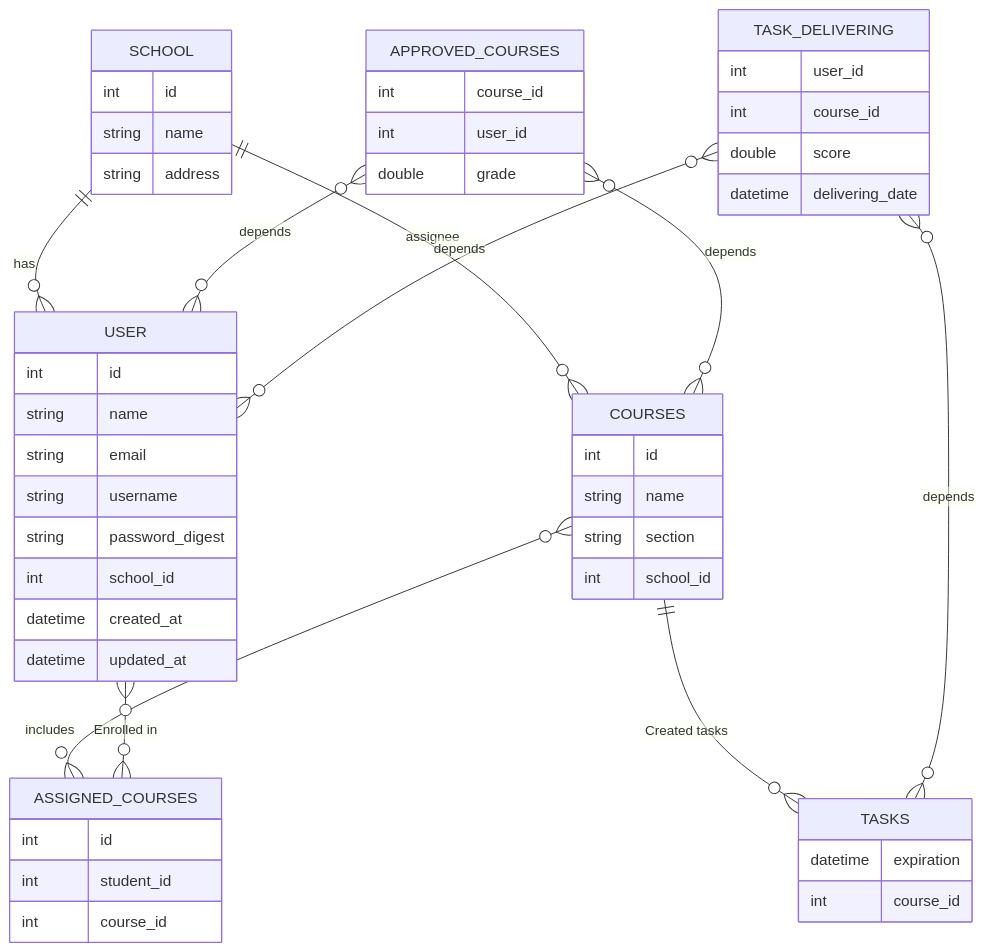
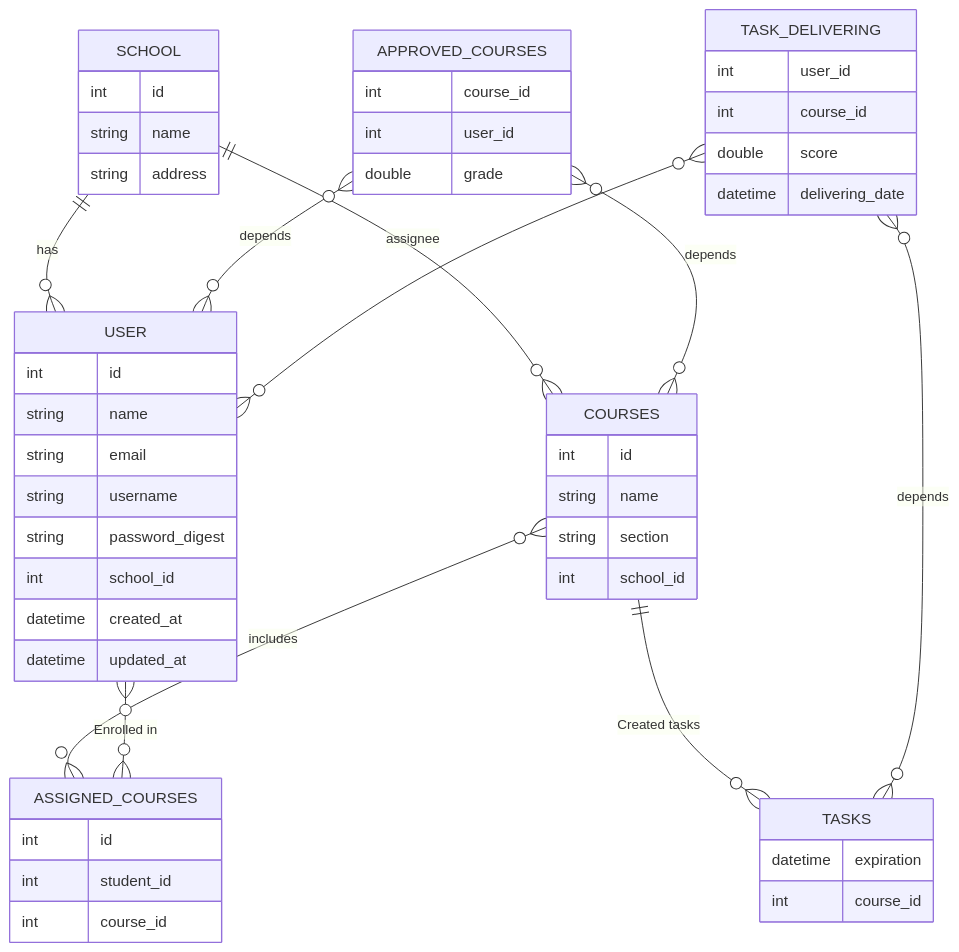
One commit to ripterdust/SchoolManagementSystem changed the diagram in diagrams/class/database.md. Above: the diagram before and after it, drawn with Mermaid.

Commit message:
Removed unnecesary spaces

````diff
--- a/diagrams/class/database.md
+++ b/diagrams/class/database.md
@@ -5,64 +5,64 @@
 ```mermaid
     erDiagram
 
     SCHOOL {
         int id
         string name
         string address
     }
 
     USER {
         int id
         string name
         string email
         string username
         string password_digest
         int school_id
         datetime created_at
         datetime updated_at
     }
 
     COURSES {
         int id
         string name
         string section
         int school_id
     }
 
     APPROVED_COURSES {
         int course_id
         int user_id
         double grade
     }
 
     ASSIGNED_COURSES {
         int id
         int student_id
         int course_id
     }
 
     TASKS {
         datetime expiration
         int course_id
     }
 
     TASK_DELIVERING {
         int user_id
         int course_id
         double score
         datetime delivering_date
     }
 
 
     COURSES }o--o{ ASSIGNED_COURSES : includes
     SCHOOL ||--o{ COURSES : assignee
     COURSES ||--o{ TASKS : "Created tasks"
     SCHOOL  ||--o{ USER : has
     APPROVED_COURSES }o--o{ USER: "depends"
     APPROVED_COURSES }o--o{ COURSES: "depends"
     TASK_DELIVERING }o--o{ TASKS: "depends"
-    TASK_DELIVERING }o--o{ USER: "depends"
+    TASK_DELIVERING }o--o{ USER: ""
     USER }o--o{ ASSIGNED_COURSES : "Enrolled in"
 
 
 ```
````
